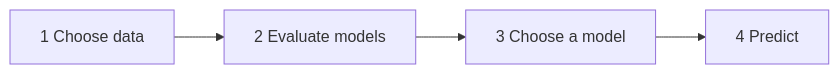
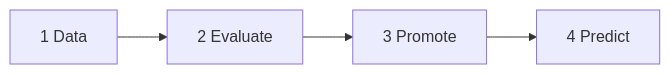
One commit to dhis2-chap/chap-frontend changed the diagram in docs/modeling-workflow-proposal.md. Above: the diagram before and after it, drawn with Mermaid. The commit also changed other lines of this file and 35 other files, not shown here.

````diff
--- a/docs/modeling-workflow-proposal.md
+++ b/docs/modeling-workflow-proposal.md
@@ -19,4 +19,4 @@
 ```mermaid
 flowchart LR
-    D[1 Choose data] --> E[2 Evaluate models] --> C[3 Choose a model] --> P[4 Predict]
+    D[1 Data] --> E[2 Evaluate] --> P[3 Promote] --> R[4 Predict]
 ```
````
